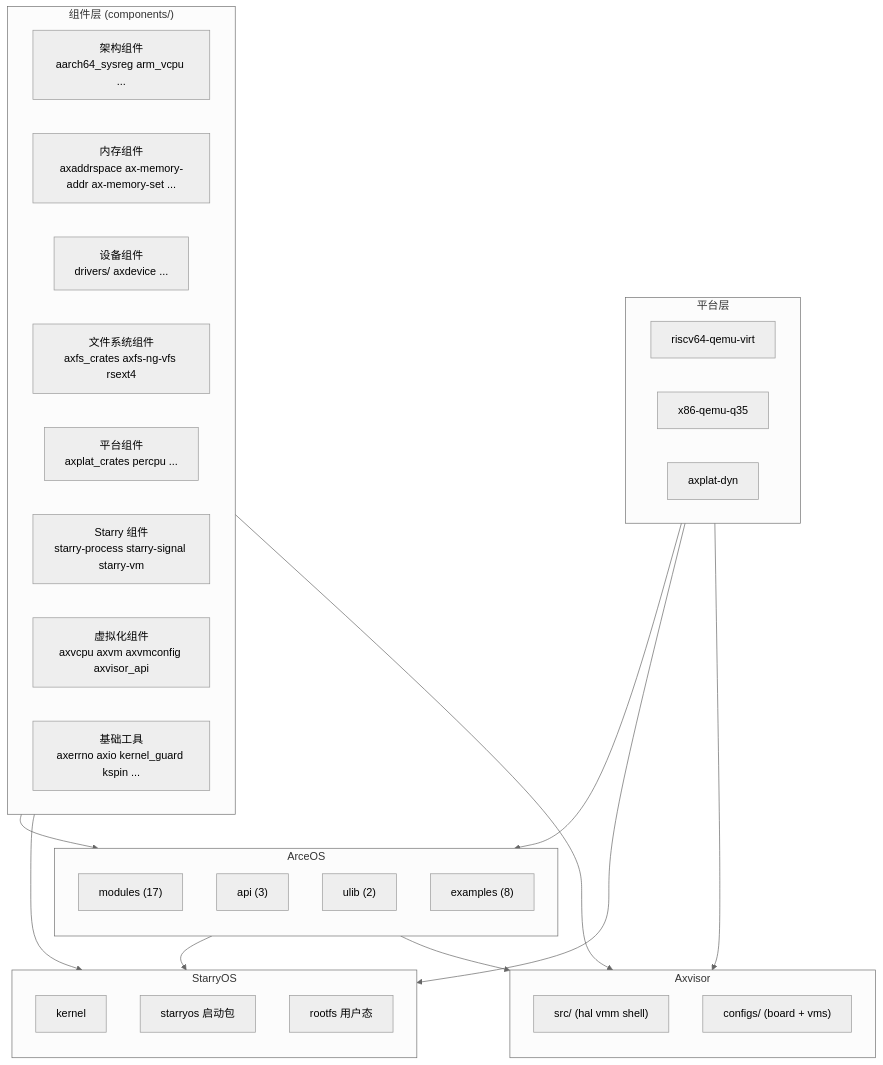
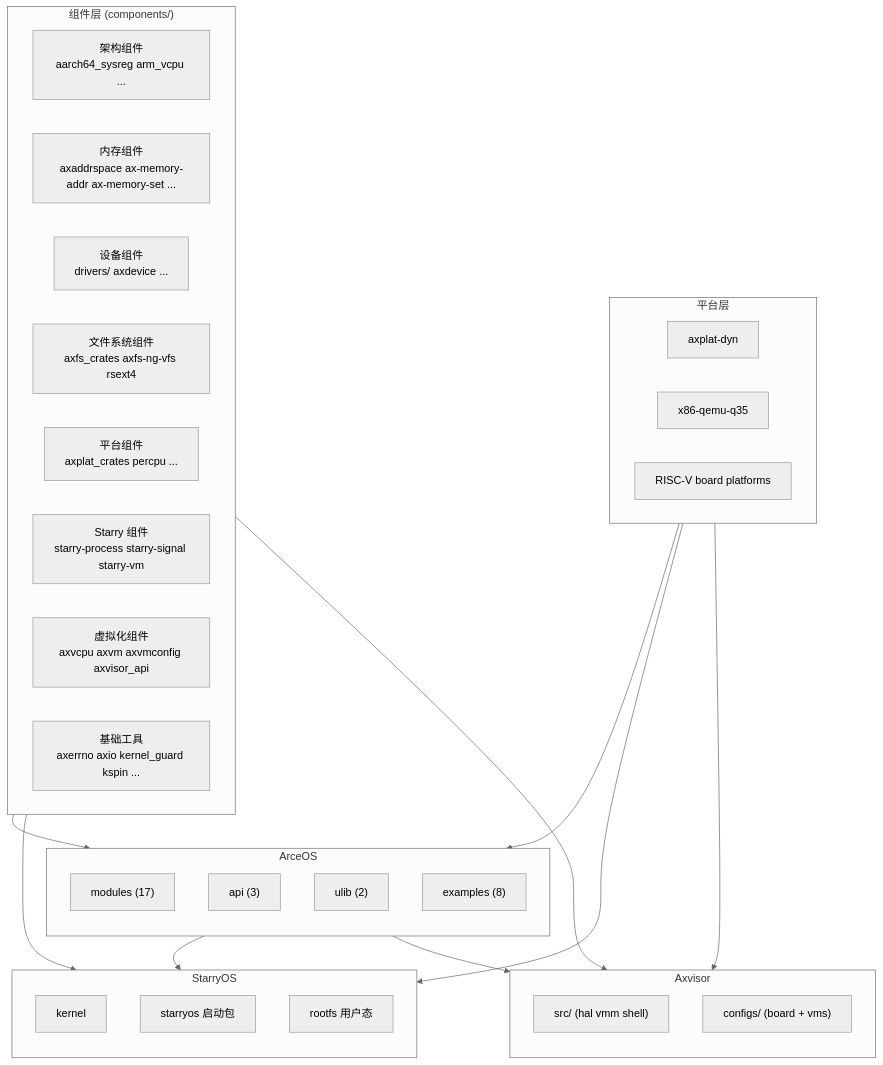
The first of 2 diagrams in docs/docs/architecture/overview.md (rcore-os/tgoskits), drawn with Mermaid (neutral theme) before and after one commit. The commit also changed other lines of this file and 85 other files, not shown here.

Commit message:
chore(platform): remove static riscv64 qemu virt

````diff
--- a/docs/docs/architecture/overview.md
+++ b/docs/docs/architecture/overview.md
@@ -10,51 +10,51 @@
 ```mermaid
 flowchart TD
     subgraph Components["组件层 (components/)"]
         direction LR
         C1["架构组件<br/>aarch64_sysreg arm_vcpu ..."]
         C2["内存组件<br/>axaddrspace ax-memory-addr ax-memory-set ..."]
         C3["设备组件<br/>drivers/ axdevice ..."]
         C4["文件系统组件<br/>axfs_crates axfs-ng-vfs rsext4"]
         C5["平台组件<br/>axplat_crates percpu ..."]
         C6["Starry 组件<br/>starry-process starry-signal starry-vm"]
         C7["虚拟化组件<br/>axvcpu axvm axvmconfig axvisor_api"]
         C8["基础工具<br/>axerrno axio kernel_guard kspin ..."]
     end
 
     subgraph ArceOS["ArceOS"]
         direction TB
         AM["modules (17)"]
         AA["api (3)"]
         AU["ulib (2)"]
         AX["examples (8)"]
     end
 
     subgraph StarryOS["StarryOS"]
         direction TB
         SK["kernel"]
         SP["starryos 启动包"]
         SR["rootfs 用户态"]
     end
 
     subgraph Axvisor["Axvisor"]
         direction TB
         AV["src/ (hal vmm shell)"]
         AC["configs/ (board + vms)"]
     end
 
     subgraph Platform["平台层"]
         direction LR
-        P1["riscv64-qemu-virt"]
+        P1["axplat-dyn"]
         P2["x86-qemu-q35"]
-        P3["axplat-dyn"]
+        P3["RISC-V board platforms"]
     end
 
     Components --> ArceOS
     Components --> StarryOS
     Components --> Axvisor
     ArceOS --> StarryOS
     ArceOS --> Axvisor
     Platform --> ArceOS
     Platform --> StarryOS
     Platform --> Axvisor
 ```
````
